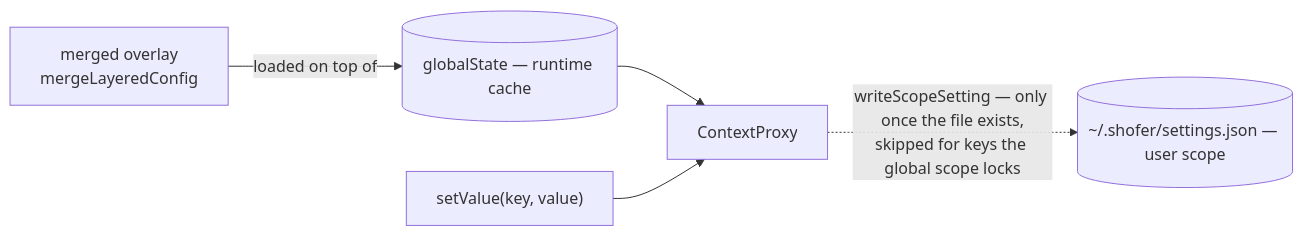
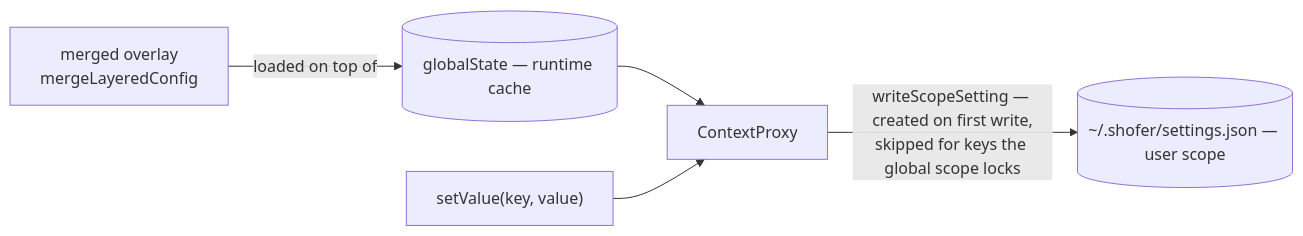
One commit to shofer-dev/shofer changed the second of 2 diagrams in docs/configuration.md. Above: the diagram before and after it, drawn with Mermaid. The commit also changed other lines of this file and 13 other files, not shown here.

````diff
--- a/docs/configuration.md
+++ b/docs/configuration.md
@@ -117,13 +117,13 @@
 ```mermaid
 flowchart LR
     MERGED["merged overlay<br/>mergeLayeredConfig"]
     GSTATE[("globalState — runtime cache")]
     CP["ContextProxy"]
     SET["setValue(key, value)"]
     USER[("~/.shofer/settings.json — user scope")]
 
     MERGED -->|"loaded on top of"| GSTATE
     GSTATE --> CP
     SET --> CP
-    CP -.->|"writeScopeSetting — only once the file exists,<br/>skipped for keys the global scope locks"| USER
+    CP -->|"writeScopeSetting — created on first write,<br/>skipped for keys the global scope locks"| USER
 ```
````
